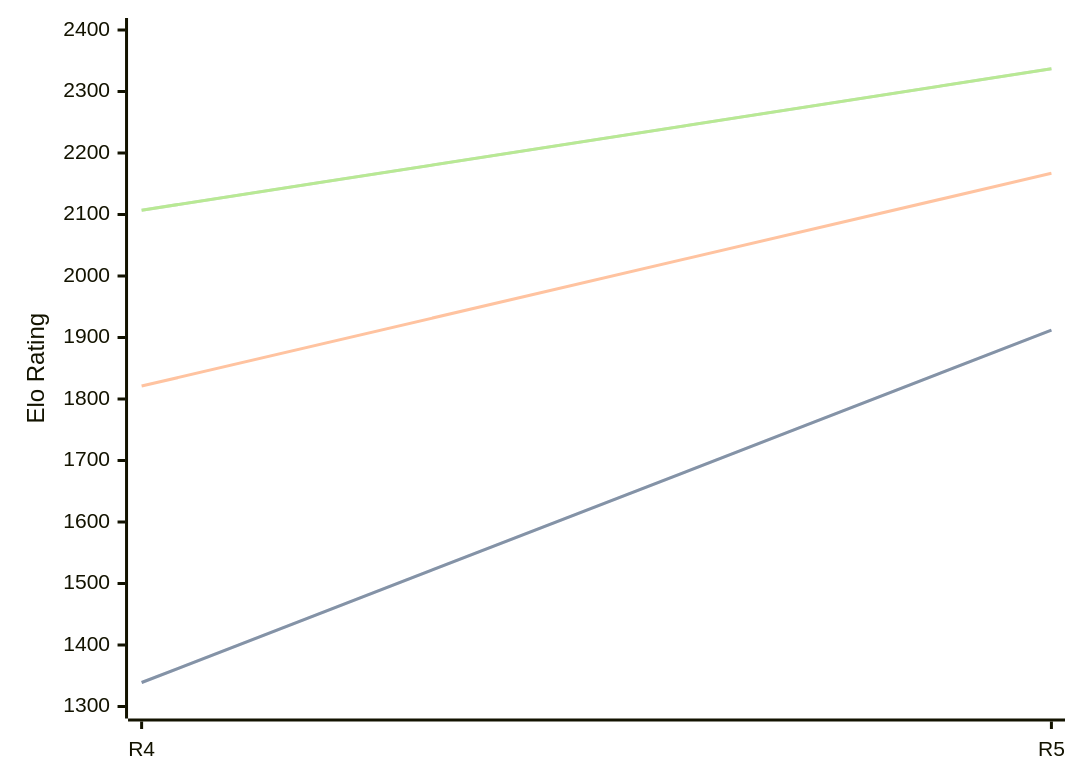
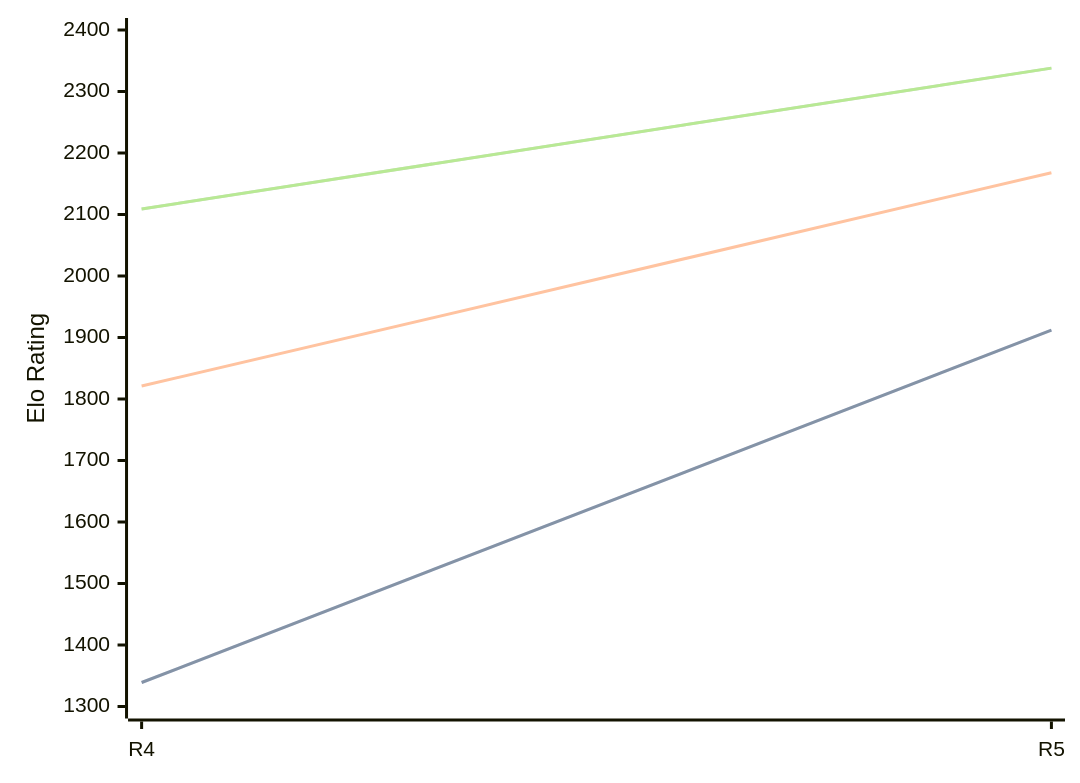
The diagram in engines/Viking.md (computer-chess-index/cci), drawn with Mermaid before and after one commit. The commit also changed other lines of this file, not shown here.

Commit message:
Update CCI Ratings (ELO VLTC) - 2026-07-26

````diff
--- a/engines/Viking.md
+++ b/engines/Viking.md
@@ -35,11 +35,11 @@
 ```mermaid
 %%{init: {"theme":"base","themeVariables":{"seriesColors:['#a3a3a3','#222221','#faa371']}}}%%
 xychart-beta
   x-axis ["R4", "R5"]
   y-axis "Elo Rating" 1300 --> 2400
   line "STC (8.0+0.08s)" [1339, 1912]
   line "STC (8.0+0.08s)" [1339, 1912]
-  line "LTC (60.0+0.60s)" [1821, 2167]
-  line "VLTC (2m24s+1.12s)" [2107, 2337]
-  line "VLTC (2m24s+1.12s)" [2107, 2337]
+  line "LTC (60.0+0.60s)" [1821, 2168]
+  line "VLTC (2m24s+1.12s)" [2109, 2338]
+  line "VLTC (2m24s+1.12s)" [2109, 2338]
 ```
````
